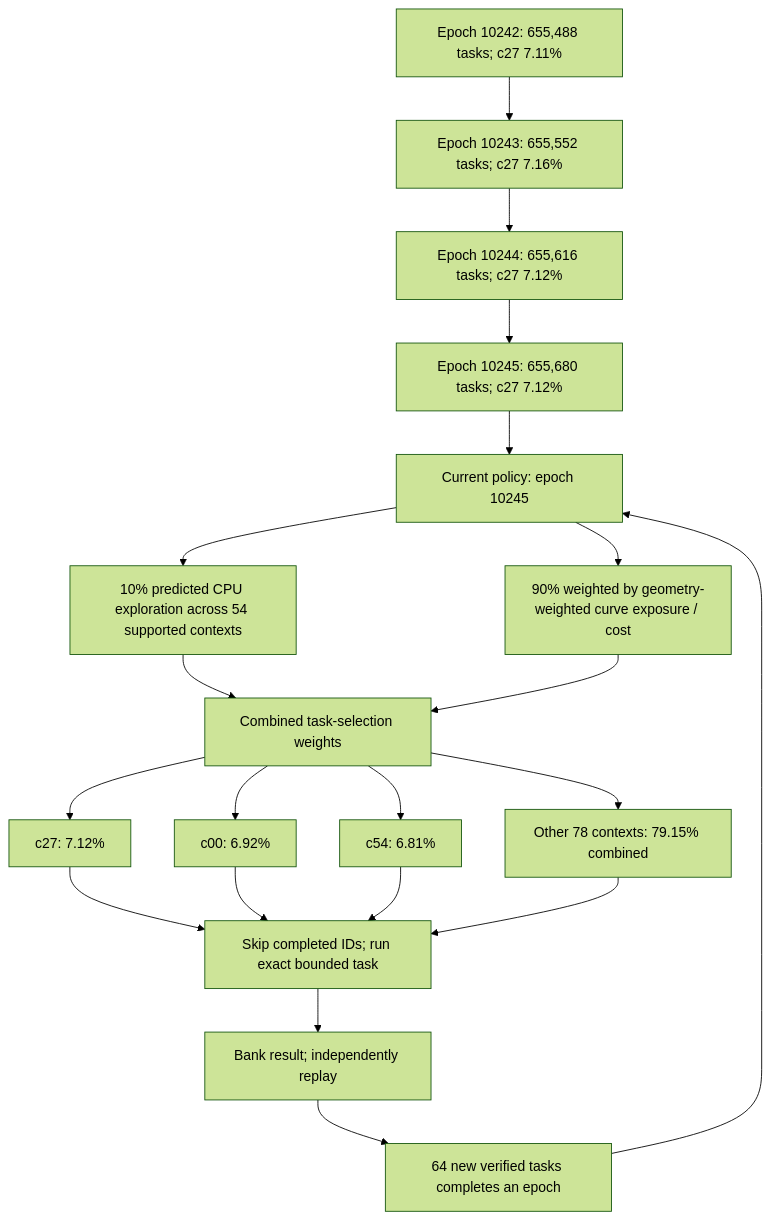
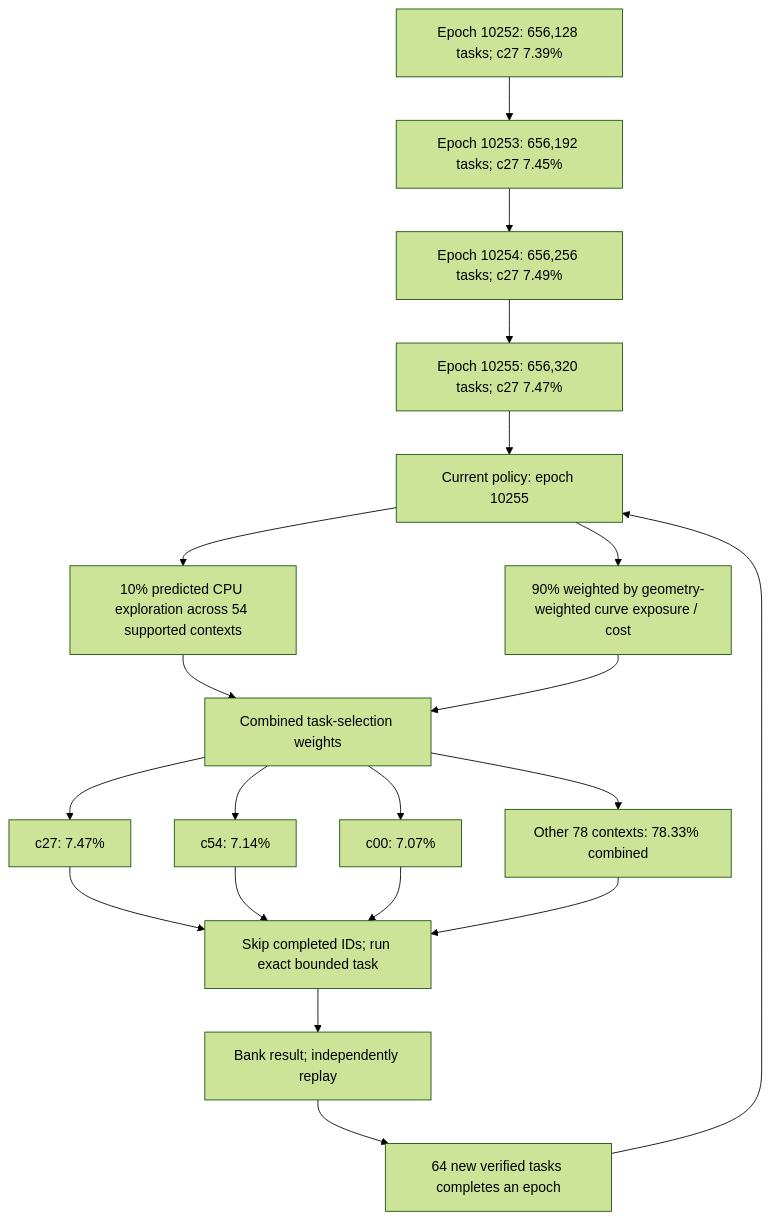
Before and after one commit to Kuberwastaken/math-gambling: the first of 4 diagrams in README.md, drawn with Mermaid (forest theme). The commit also changed other lines of this file and 8645 other files, not shown here.

````diff
--- a/README.md
+++ b/README.md
@@ -60,27 +60,27 @@
 ```mermaid
 flowchart TD
-    H0["Epoch 10242: 655,488 tasks; c27 7.11%"]
-    H1["Epoch 10243: 655,552 tasks; c27 7.16%"]
+    H0["Epoch 10252: 656,128 tasks; c27 7.39%"]
+    H1["Epoch 10253: 656,192 tasks; c27 7.45%"]
     H0 --> H1
-    H2["Epoch 10244: 655,616 tasks; c27 7.12%"]
+    H2["Epoch 10254: 656,256 tasks; c27 7.49%"]
     H1 --> H2
-    H3["Epoch 10245: 655,680 tasks; c27 7.12%"]
+    H3["Epoch 10255: 656,320 tasks; c27 7.47%"]
     H2 --> H3
-    Policy["Current policy: epoch 10245"]
+    Policy["Current policy: epoch 10255"]
     H3 --> Policy
     Policy --> Explore["10% predicted CPU exploration across 54 supported contexts"]
     Policy --> Cost["90% weighted by geometry-weighted curve exposure / cost"]
     Explore --> Mix["Combined task-selection weights"]
     Cost --> Mix
-    Mix --> C0["c27: 7.12%"]
-    Mix --> C1["c00: 6.92%"]
-    Mix --> C2["c54: 6.81%"]
-    Mix --> Rest["Other 78 contexts: 79.15% combined"]
+    Mix --> C0["c27: 7.47%"]
+    Mix --> C1["c54: 7.14%"]
+    Mix --> C2["c00: 7.07%"]
+    Mix --> Rest["Other 78 contexts: 78.33% combined"]
     C0 --> Check["Skip completed IDs; run exact bounded task"]
     C1 --> Check
     C2 --> Check
     Rest --> Check
     Check --> Replay["Bank result; independently replay"]
     Replay --> Gate["64 new verified tasks completes an epoch"]
     Gate --> Policy
 ```
````
